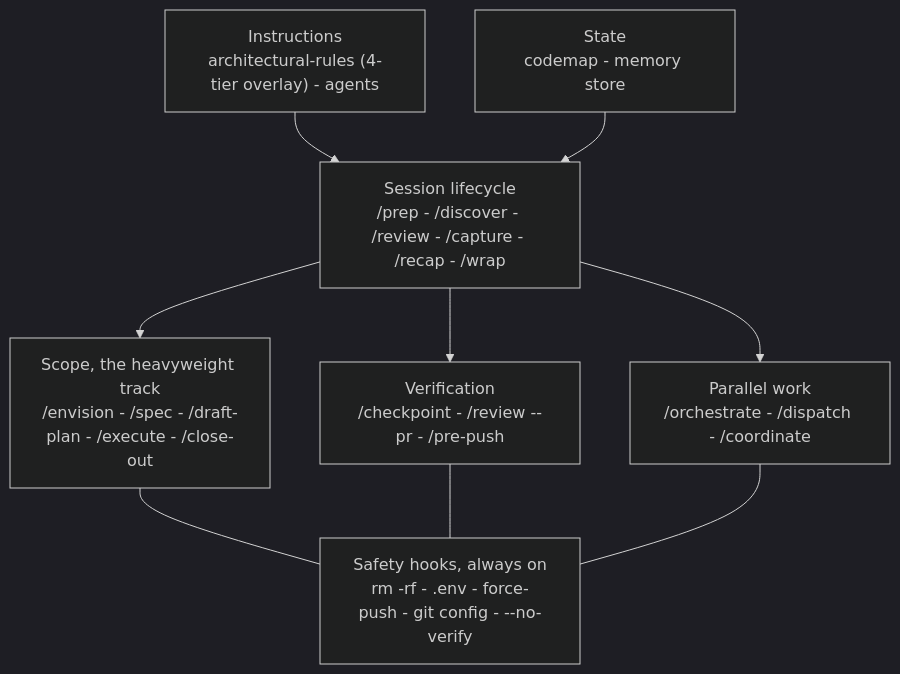
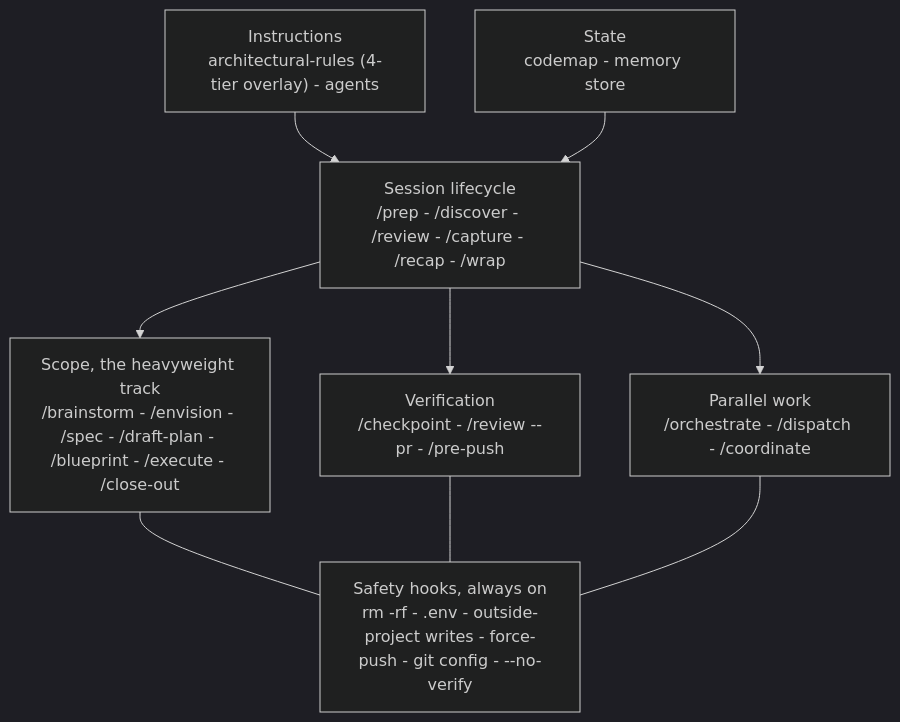
The second of 3 diagrams in README.md (AcKeskin/contexture), drawn with Mermaid (dark theme) before and after one commit. The commit also changed other lines of this file and 40 other files, not shown here.

````diff
--- a/README.md
+++ b/README.md
@@ -93,19 +140,19 @@
 ```mermaid
 flowchart TB
   INST["Instructions<br/>architectural-rules (4-tier overlay) - agents"]
   STATE["State<br/>codemap - memory store"]
   LOOP["Session lifecycle<br/>/prep - /discover - /review - /capture - /recap - /wrap"]
-  SCOPE["Scope, the heavyweight track<br/>/envision - /spec - /draft-plan - /execute - /close-out"]
+  SCOPE["Scope, the heavyweight track<br/>/brainstorm - /envision - /spec - /draft-plan - /blueprint - /execute - /close-out"]
   VER["Verification<br/>/checkpoint - /review --pr - /pre-push"]
   PAR["Parallel work<br/>/orchestrate - /dispatch - /coordinate"]
-  HOOKS["Safety hooks, always on<br/>rm -rf - .env - force-push - git config - --no-verify"]
+  HOOKS["Safety hooks, always on<br/>rm -rf - .env - outside-project writes - force-push - git config - --no-verify"]
 
   INST --> LOOP
   STATE --> LOOP
   LOOP --> SCOPE
   LOOP --> VER
   LOOP --> PAR
   SCOPE --- HOOKS
   VER --- HOOKS
   PAR --- HOOKS
 ```
````
